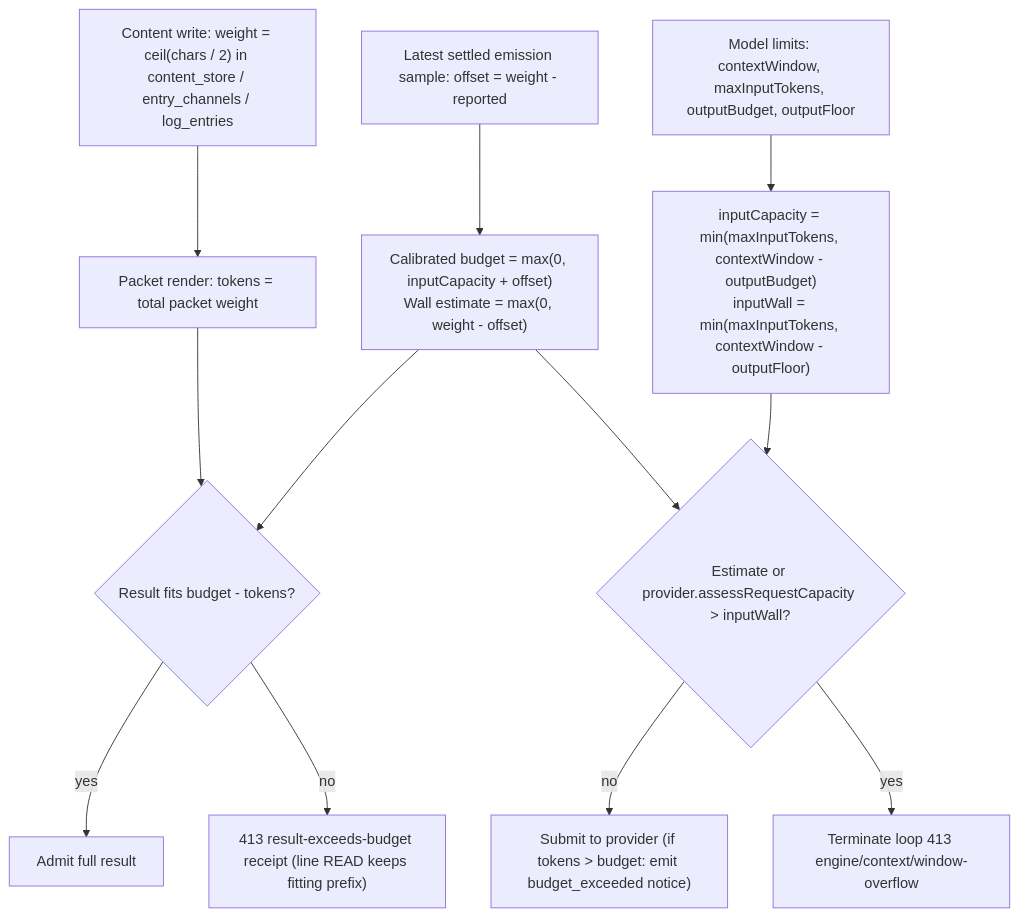
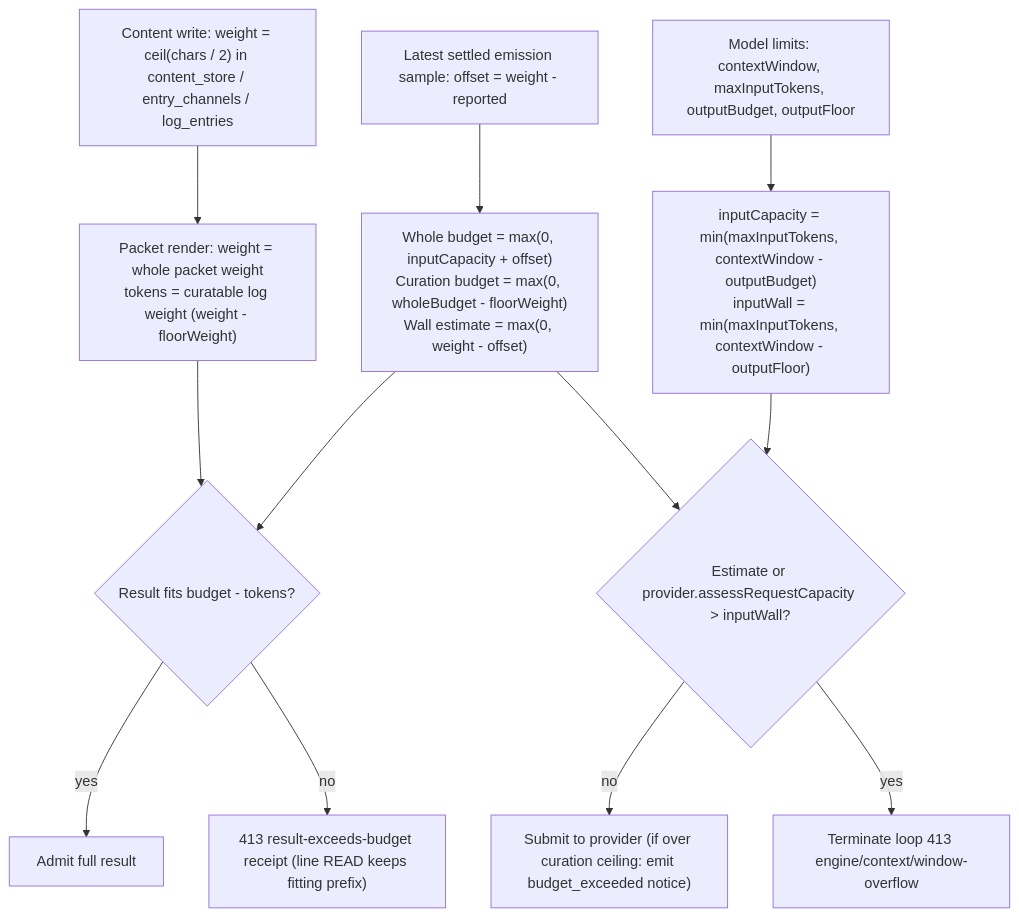
One commit to plurnk/plurnk-service changed diagram 11 of 13 in plurnk-core/SPEC.md. Above: the diagram before and after it, drawn with Mermaid. The commit also changed other lines of this file and 19 other files, not shown here.

Commit message:
feat(core): scope Log Curation gauge to curatable log room (#1476)

````diff
--- a/plurnk-core/SPEC.md
+++ b/plurnk-core/SPEC.md
@@ -1132,12 +1132,12 @@
 ```mermaid
 flowchart TD
-  W["Content write: weight = ceil(chars / 2) in content_store / entry_channels / log_entries"] --> P["Packet render: tokens = total packet weight"]
+  W["Content write: weight = ceil(chars / 2) in content_store / entry_channels / log_entries"] --> P["Packet render: weight = whole packet weight<br/>tokens = curatable log weight (weight - floorWeight)"]
   M["Model limits: contextWindow, maxInputTokens, outputBudget, outputFloor"] --> C["inputCapacity = min(maxInputTokens, contextWindow - outputBudget)<br/>inputWall = min(maxInputTokens, contextWindow - outputFloor)"]
-  S["Latest settled emission sample: offset = weight - reported"] --> B["Calibrated budget = max(0, inputCapacity + offset)<br/>Wall estimate = max(0, weight - offset)"]
+  S["Latest settled emission sample: offset = weight - reported"] --> B["Whole budget = max(0, inputCapacity + offset)<br/>Curation budget = max(0, wholeBudget - floorWeight)<br/>Wall estimate = max(0, weight - offset)"]
   P & B --> F{"Result fits budget - tokens?"}
   F -->|yes| OK["Admit full result"]
   F -->|no| R413["413 result-exceeds-budget receipt (line READ keeps fitting prefix)"]
   B & C --> WL{"Estimate or provider.assessRequestCapacity > inputWall?"}
-  WL -->|no| GEN["Submit to provider (if tokens > budget: emit budget_exceeded notice)"]
+  WL -->|no| GEN["Submit to provider (if over curation ceiling: emit budget_exceeded notice)"]
   WL -->|yes| W413["Terminate loop 413 engine/context/window-overflow"]
 ```
````
